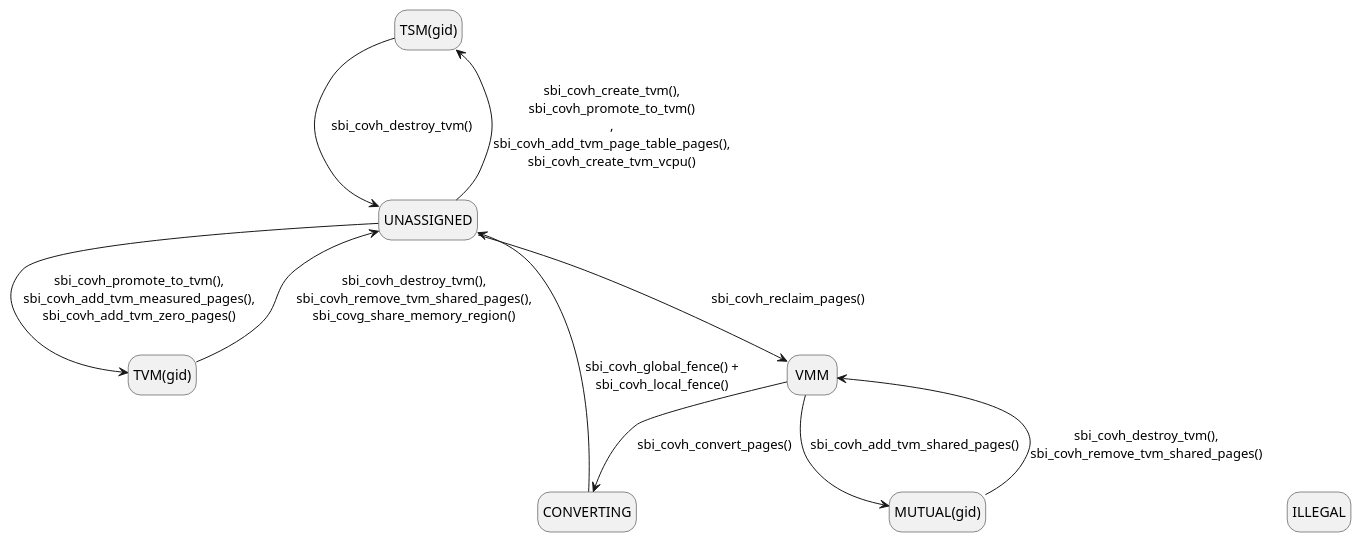
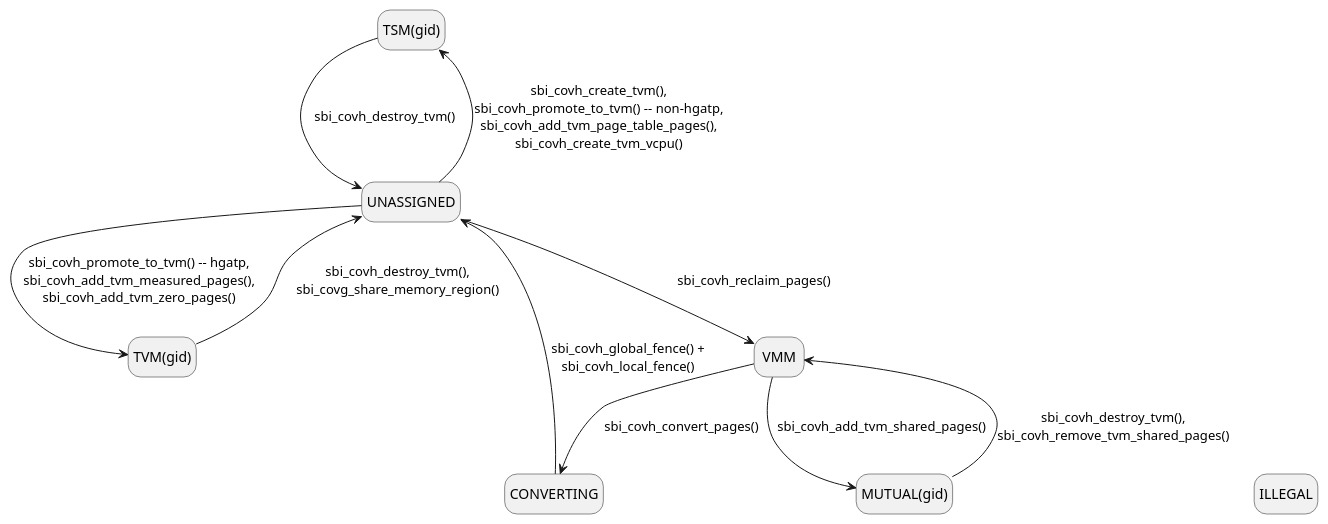
One commit to riscv-non-isa/riscv-ap-tee changed the first of 5 diagrams in src/sbi_cove.adoc. Above: the diagram before and after it, drawn with PlantUML.

Commit message:
fixup to the memory diagram

```diff
--- a/src/sbi_cove.adoc
+++ b/src/sbi_cove.adoc
@@ -185,20 +185,20 @@
 [plantuml]
 ....
 @startuml
 hide empty description
 state "TSM(gid)" as TSM_GID
 state "TVM(gid)" as TVM_GID
 state "MUTUAL(gid)" as MUTUAL_GID
 state ILLEGAL
 VMM        --> CONVERTING : sbi_covh_convert_pages()
 CONVERTING --> UNASSIGNED : sbi_covh_global_fence() +\nsbi_covh_local_fence()
 UNASSIGNED --> VMM        : sbi_covh_reclaim_pages()
-UNASSIGNED --> TSM_GID    : sbi_covh_create_tvm(),\nsbi_covh_promote_to_tvm()\n,\nsbi_covh_add_tvm_page_table_pages(),\nsbi_covh_create_tvm_vcpu()
-UNASSIGNED --> TVM_GID    : sbi_covh_promote_to_tvm(),\nsbi_covh_add_tvm_measured_pages(),\nsbi_covh_add_tvm_zero_pages()
+UNASSIGNED --> TSM_GID    : sbi_covh_create_tvm(),\nsbi_covh_promote_to_tvm() -- non-hgatp,\nsbi_covh_add_tvm_page_table_pages(),\nsbi_covh_create_tvm_vcpu()
+UNASSIGNED --> TVM_GID    : sbi_covh_promote_to_tvm() -- hgatp,\nsbi_covh_add_tvm_measured_pages(),\nsbi_covh_add_tvm_zero_pages()
 VMM        --> MUTUAL_GID : sbi_covh_add_tvm_shared_pages()
-TVM_GID    --> UNASSIGNED : sbi_covh_destroy_tvm(),\nsbi_covh_remove_tvm_shared_pages(),\nsbi_covg_share_memory_region()
+TVM_GID    --> UNASSIGNED : sbi_covh_destroy_tvm(),\nsbi_covg_share_memory_region()
 TSM_GID    --> UNASSIGNED : sbi_covh_destroy_tvm()
 MUTUAL_GID --> VMM        : sbi_covh_destroy_tvm(),\nsbi_covh_remove_tvm_shared_pages()
 VMM -[hidden]-> ILLEGAL
 @enduml
 ....
```
